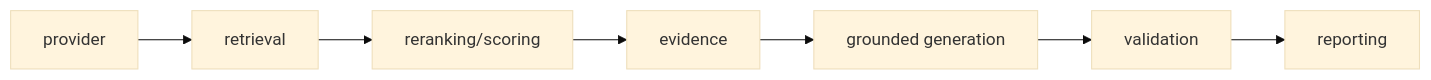
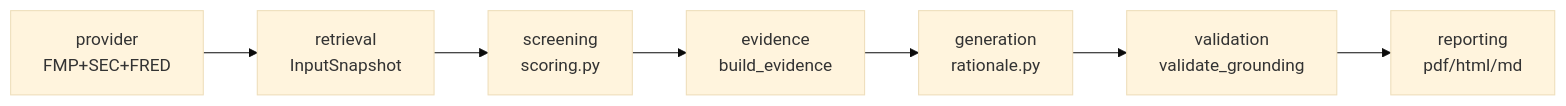
One commit to ianlyoo/signal-foundry changed the diagram in README.md. Above: the diagram before and after it, drawn with Mermaid (base theme). The commit also changed other lines of this file and 1 other file, not shown here.

````diff
--- a/README.md
+++ b/README.md
@@ -22,4 +61,9 @@
 ```mermaid
 flowchart LR
-    A[provider] --> B[retrieval] --> C[reranking/scoring] --> D[evidence] --> E[grounded generation] --> F[validation] --> G[reporting]
+    A[provider<br/>FMP+SEC+FRED] --> B[retrieval<br/>InputSnapshot]
+    B --> C[screening<br/>scoring.py]
+    C --> D[evidence<br/>build_evidence]
+    D --> E[generation<br/>rationale.py]
+    E --> F[validation<br/>validate_grounding]
+    F --> G[reporting<br/>pdf/html/md]
 ```
````
